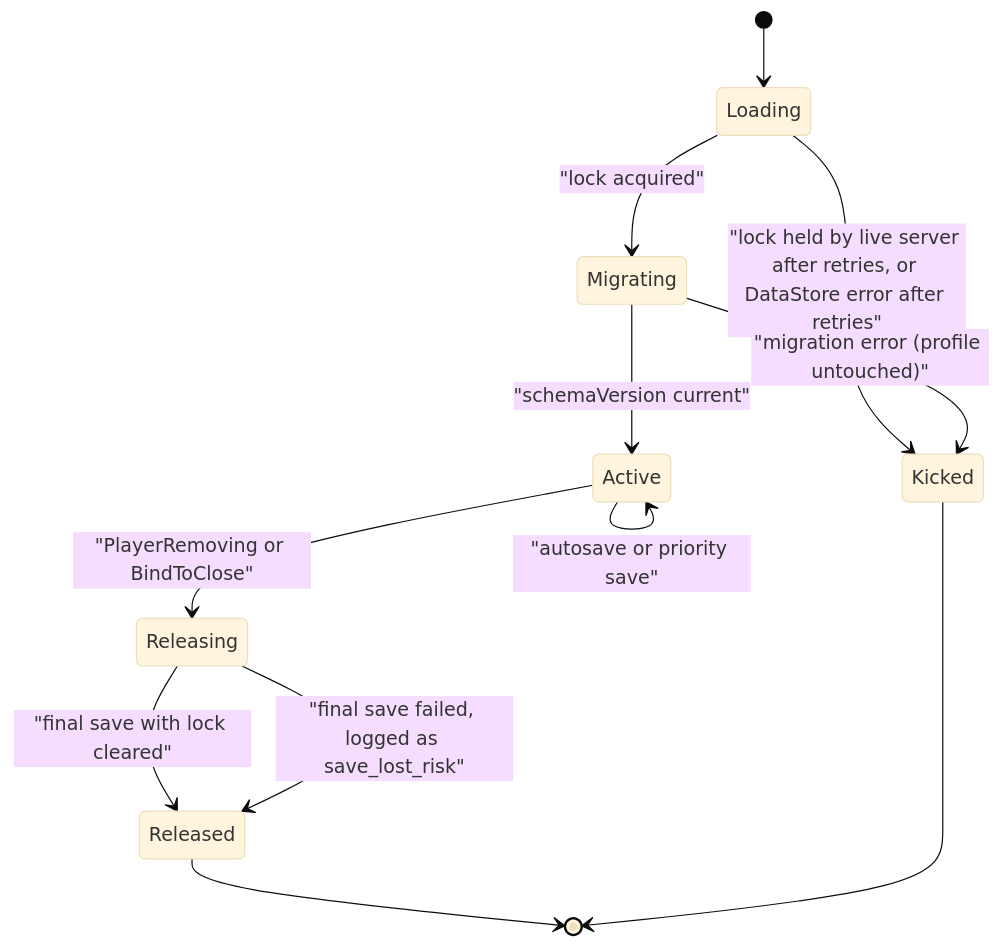
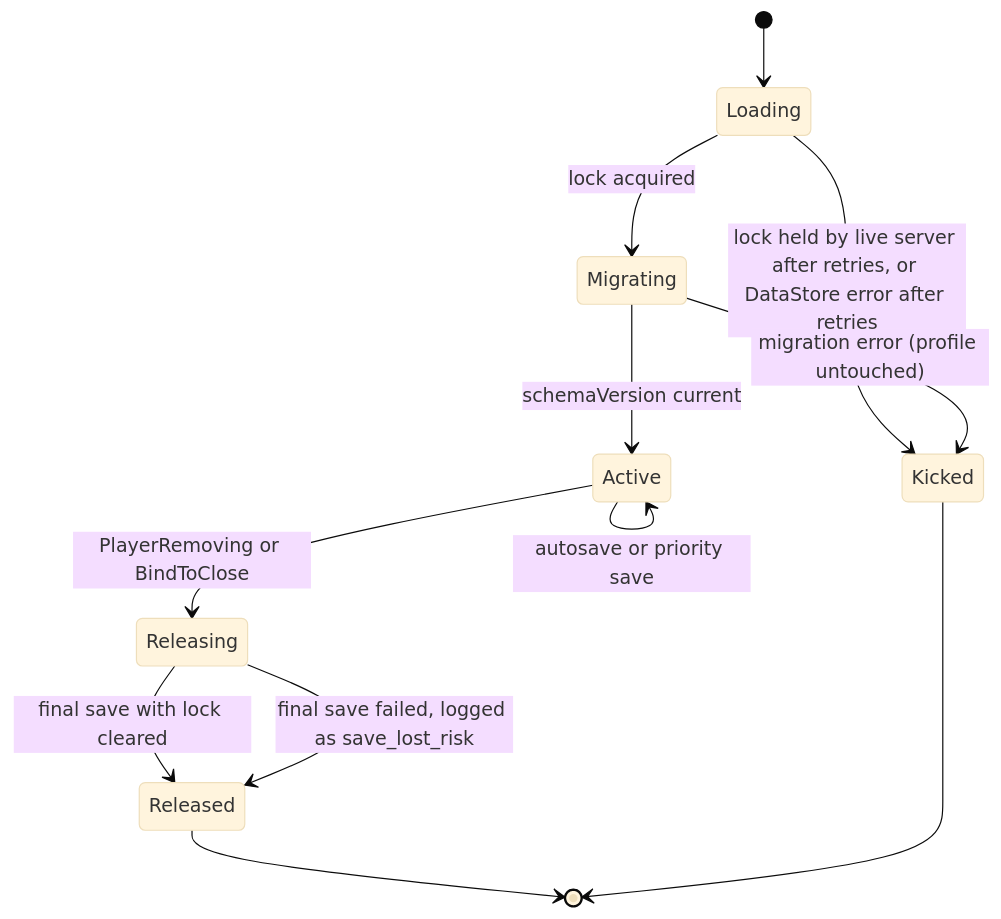
Before and after one commit to shrp1434/ZeroCheat: the diagram in Fight Animals for Eggs - Game Design Bible/15 - TECHNICAL ARCHITECTURE/Services/Service - DataService.md, drawn with Mermaid (base theme). The commit also changed 21 other files, not shown here.

First line of the commit message:
Add technical architecture and service specifications; vault progress

````diff
--- a/Fight Animals for Eggs - Game Design Bible/15 - TECHNICAL ARCHITECTURE/Services/Service - DataService.md
+++ b/Fight Animals for Eggs - Game Design Bible/15 - TECHNICAL ARCHITECTURE/Services/Service - DataService.md
@@ -181,14 +181,14 @@
 ```mermaid
 stateDiagram-v2
     [*] --> Loading
-    Loading --> Migrating: "lock acquired"
-    Loading --> Kicked: "lock held by live server after retries, or DataStore error after retries"
-    Migrating --> Active: "schemaVersion current"
-    Migrating --> Kicked: "migration error (profile untouched)"
-    Active --> Active: "autosave or priority save"
-    Active --> Releasing: "PlayerRemoving or BindToClose"
-    Releasing --> Released: "final save with lock cleared"
-    Releasing --> Released: "final save failed, logged as save_lost_risk"
+    Loading --> Migrating: lock acquired
+    Loading --> Kicked: lock held by live server after retries, or DataStore error after retries
+    Migrating --> Active: schemaVersion current
+    Migrating --> Kicked: migration error (profile untouched)
+    Active --> Active: autosave or priority save
+    Active --> Releasing: PlayerRemoving or BindToClose
+    Releasing --> Released: final save with lock cleared
+    Releasing --> Released: final save failed, logged as save_lost_risk
     Released --> [*]
     Kicked --> [*]
 ```
````
